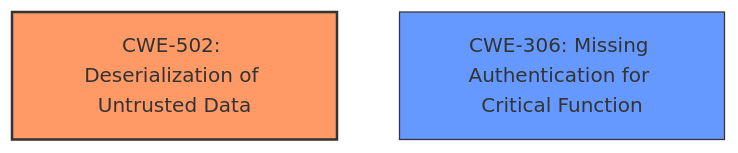
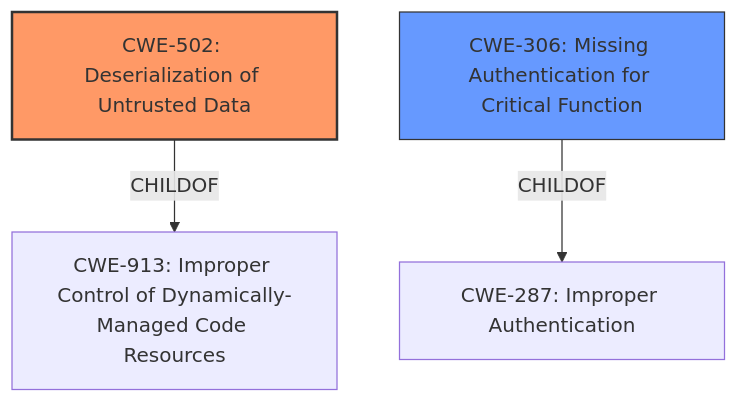
One commit to CyberSecAI/cwe_agent_assign_reports_2023 changed the diagram in CVE-2021-42237/CVE-2021-42237_analysis.md. Above: the diagram before and after it, drawn with Mermaid. The commit also changed other lines of this file and 902 other files, not shown here.

````diff
--- a/CVE-2021-42237/CVE-2021-42237_analysis.md
+++ b/CVE-2021-42237/CVE-2021-42237_analysis.md
@@ -17,11 +18,16 @@
 ```mermaid
 graph TD
     cwe502["CWE-502: Deserialization of Untrusted Data"]
     cwe306["CWE-306: Missing Authentication for Critical Function"]
-    
+    cwe913["CWE-913: Improper Control of Dynamically-Managed Code Resources"]
+    cwe287["CWE-287: Improper Authentication"]
+
+    cwe502 -- CHILDOF --> cwe913
+    cwe306 -- CHILDOF --> cwe287
+
     classDef primary fill:#f96,stroke:#333,stroke-width:2px
     classDef secondary fill:#69f,stroke:#333
-    
+    classDef tertiary fill:#9e9,stroke:#333
     class cwe502 primary
     class cwe306 secondary
 ```
````
